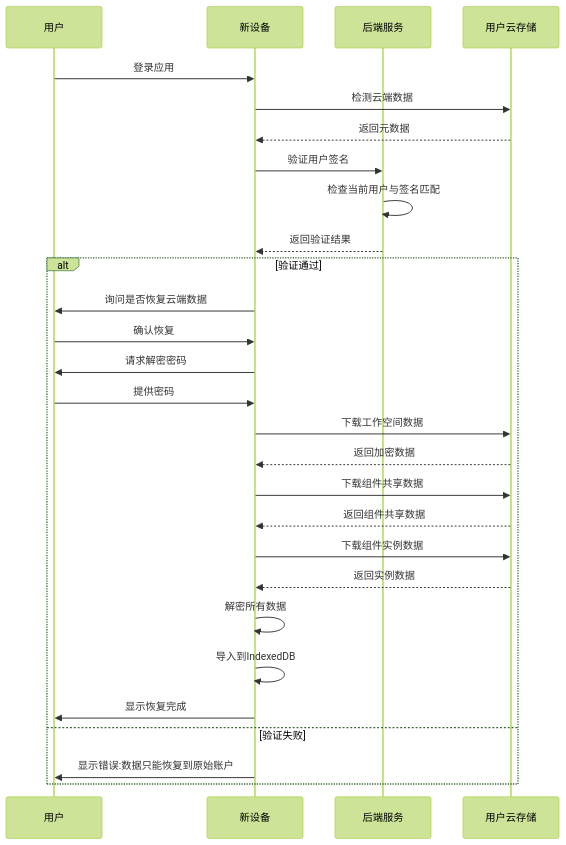
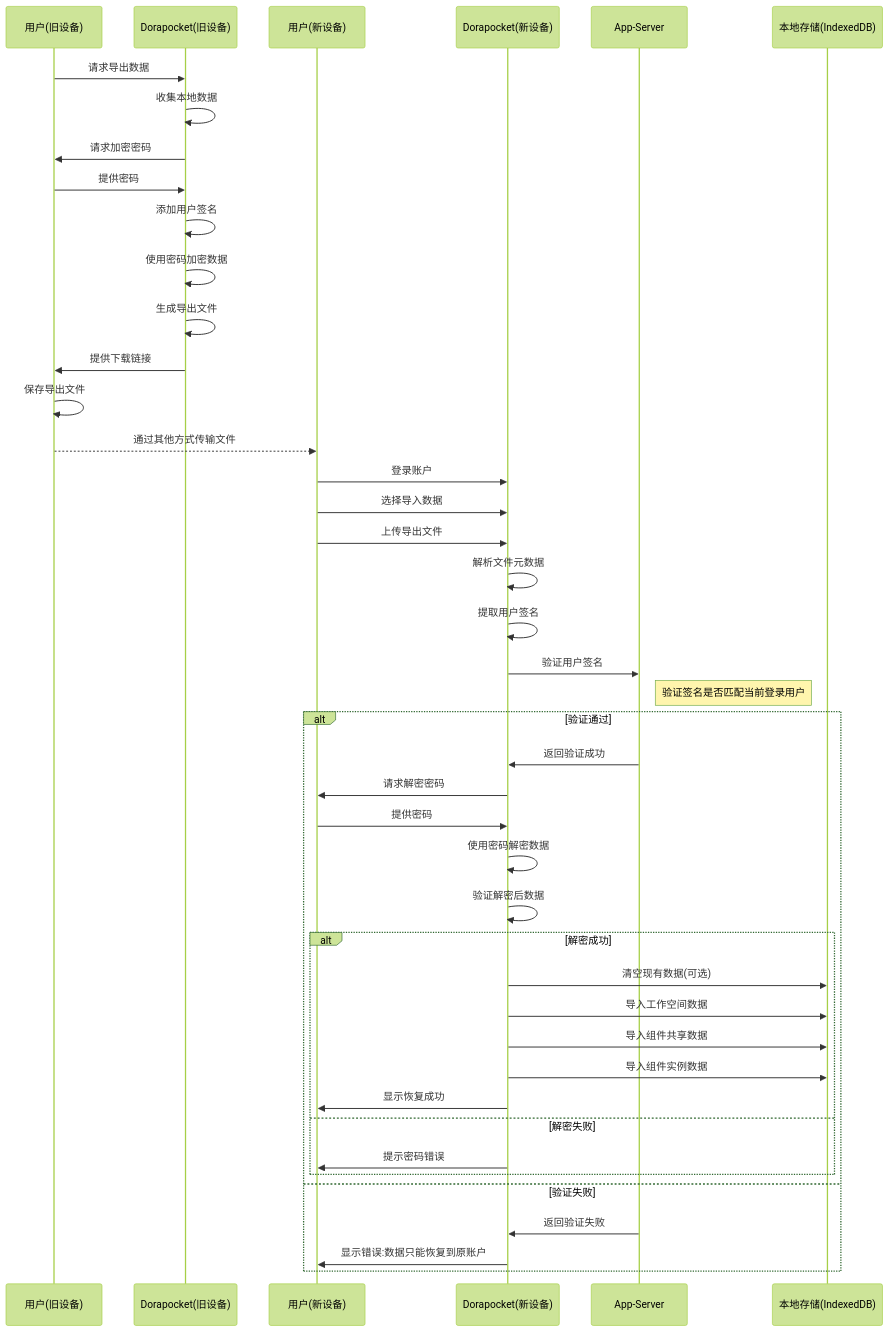
Before and after one commit to yingjianzh/iodraw-files: the diagram in all/未命名-34.md, drawn with Mermaid (forest theme).

Commit message:
2025-04-17 16:34:41 update

````diff
--- a/all/未命名-34.md
+++ b/all/未命名-34.md
@@ -1,38 +1,57 @@
 ```mermaid
 sequenceDiagram
-    participant User as 用户
-    participant NewDevice as 新设备
-    participant Server as 后端服务
-    participant Cloud as 用户云存储
+    participant UserOld as 用户(旧设备)
+    participant AppOld as Dorapocket(旧设备)
+    participant UserNew as 用户(新设备)
+    participant AppNew as Dorapocket(新设备)
+    participant AppServer as App-Server
+    participant LocalDB as 本地存储(IndexedDB)
     
-    User->>NewDevice: 登录应用
-    NewDevice->>Cloud: 检测云端数据
-    Cloud-->>NewDevice: 返回元数据
+    %% 导出流程
+    UserOld->>AppOld: 请求导出数据
+    AppOld->>AppOld: 收集本地数据
+    AppOld->>UserOld: 请求加密密码
+    UserOld->>AppOld: 提供密码
     
-    NewDevice->>Server: 验证用户签名
-    Server->>Server: 检查当前用户与签名匹配
-    Server-->>NewDevice: 返回验证结果
+    AppOld->>AppOld: 添加用户签名
+    AppOld->>AppOld: 使用密码加密数据
+    AppOld->>AppOld: 生成导出文件
+    AppOld->>UserOld: 提供下载链接
+    UserOld->>UserOld: 保存导出文件
+    
+    %% 传输文件(由用户完成)
+    UserOld-->>UserNew: 通过其他方式传输文件
+    
+    %% 恢复流程
+    UserNew->>AppNew: 登录账户
+    UserNew->>AppNew: 选择导入数据
+    UserNew->>AppNew: 上传导出文件
+    
+    AppNew->>AppNew: 解析文件元数据
+    AppNew->>AppNew: 提取用户签名
+    
+    AppNew->>AppServer: 验证用户签名
+    note right of AppServer: 验证签名是否匹配当前登录用户
     
     alt 验证通过
-        NewDevice->>User: 询问是否恢复云端数据
-        User->>NewDevice: 确认恢复
+        AppServer->>AppNew: 返回验证成功
+        AppNew->>UserNew: 请求解密密码
+        UserNew->>AppNew: 提供密码
         
-        NewDevice->>User: 请求解密密码
-        User->>NewDevice: 提供密码
+        AppNew->>AppNew: 使用密码解密数据
+        AppNew->>AppNew: 验证解密后数据
         
-        NewDevice->>Cloud: 下载工作空间数据
-        Cloud-->>NewDevice: 返回加密数据
-        
-        NewDevice->>Cloud: 下载组件共享数据
-        Cloud-->>NewDevice: 返回组件共享数据
-        
-        NewDevice->>Cloud: 下载组件实例数据
-        Cloud-->>NewDevice: 返回实例数据
-        
-        NewDevice->>NewDevice: 解密所有数据
-        NewDevice->>NewDevice: 导入到IndexedDB
-        NewDevice->>User: 显示恢复完成
+        alt 解密成功
+            AppNew->>LocalDB: 清空现有数据(可选)
+            AppNew->>LocalDB: 导入工作空间数据
+            AppNew->>LocalDB: 导入组件共享数据
+            AppNew->>LocalDB: 导入组件实例数据
+            AppNew->>UserNew: 显示恢复成功
+        else 解密失败
+            AppNew->>UserNew: 提示密码错误
+        end
     else 验证失败
-        NewDevice->>User: 显示错误:数据只能恢复到原始账户
+        AppServer->>AppNew: 返回验证失败
+        AppNew->>UserNew: 显示错误:数据只能恢复到原账户
     end
 ```
````
